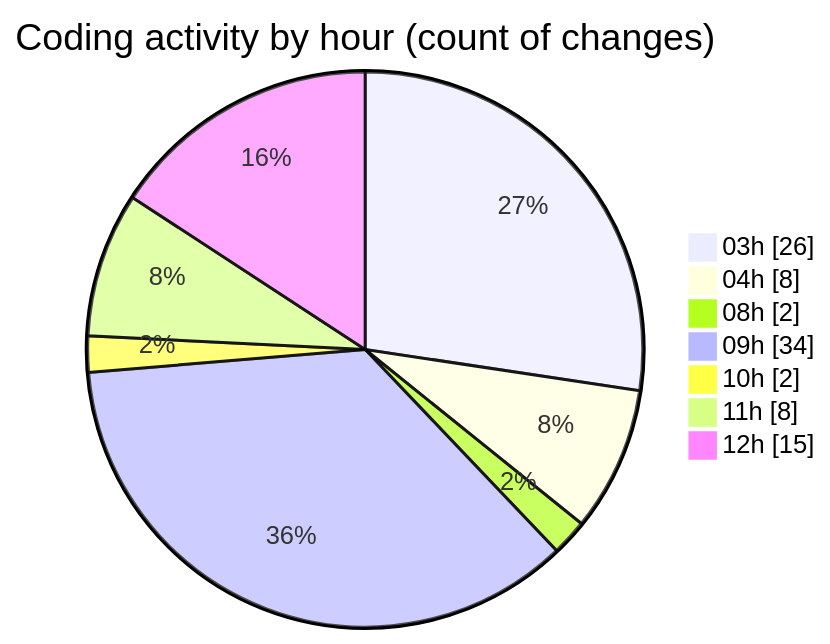
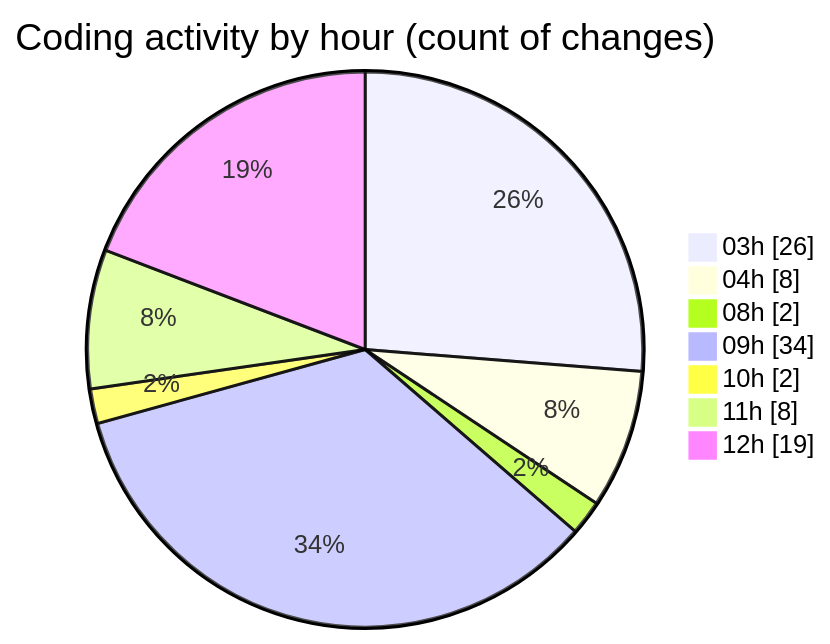
One commit to JenPaints/code-tracking changed the second of 2 diagrams in 2025-06-20/modeljsondesigner/README.md. Above: the diagram before and after it, drawn with Mermaid. The commit also changed other lines of this file and 1 other file, not shown here.

````diff
--- a/2025-06-20/modeljsondesigner/README.md
+++ b/2025-06-20/modeljsondesigner/README.md
@@ -55,11 +57,11 @@
 ```mermaid
 pie showData
 title Coding activity by hour (count of changes)
 "03h" : 26
 "04h" : 8
 "08h" : 2
 "09h" : 34
 "10h" : 2
 "11h" : 8
-"12h" : 15
+"12h" : 19
 ```
````
